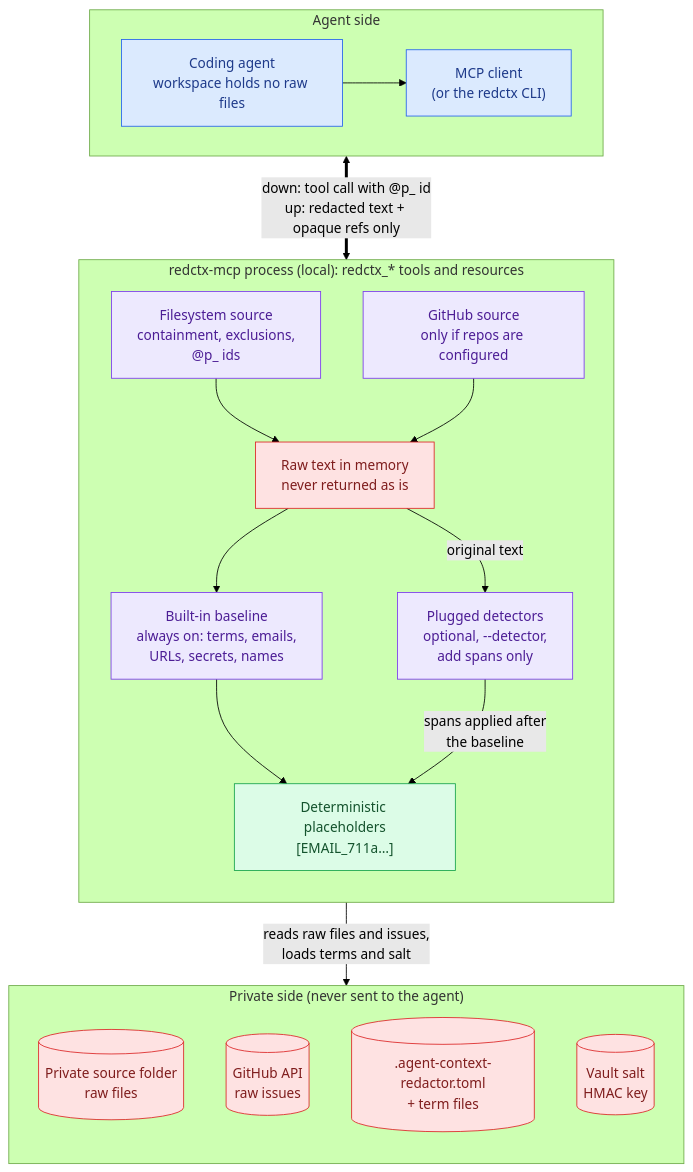
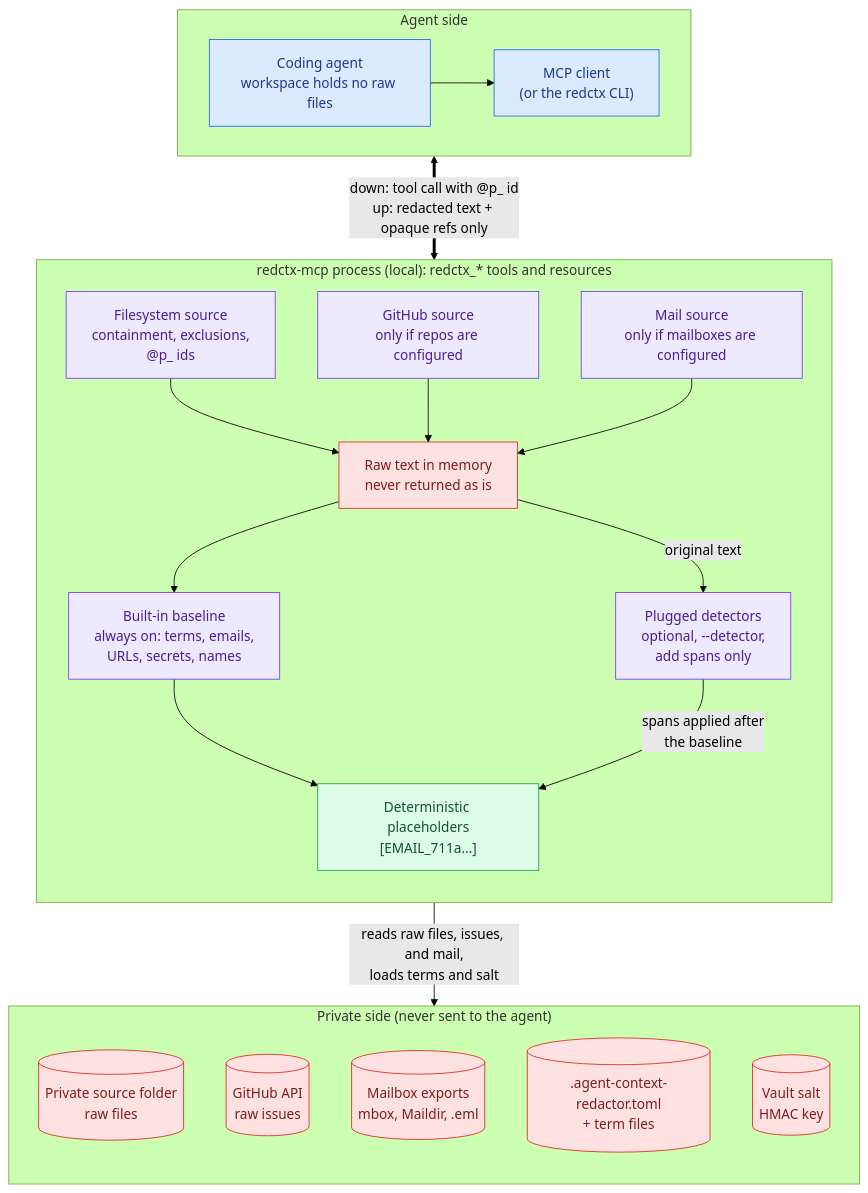
The first of 12 diagrams in README.md (zoltan0803/redacted-context-mcp), drawn with Mermaid (forest theme) before and after one commit. The commit also changed other lines of this file and 7 other files, not shown here.

First line of the commit message:
docs: document the read-only mail source

````diff
--- a/README.md
+++ b/README.md
@@ -40,42 +40,45 @@
 ```mermaid
 flowchart TB
     subgraph AGS["Agent side"]
         direction LR
         AG["Coding agent<br/>workspace holds no raw files"]
         CL["MCP client<br/>(or the redctx CLI)"]
         AG --> CL
     end
     subgraph SRV["redctx-mcp process (local): redctx_* tools and resources"]
         direction TB
         FS["Filesystem source<br/>containment, exclusions,<br/>@p_ ids"]
         GH["GitHub source<br/>only if repos are configured"]
+        MS["Mail source<br/>only if mailboxes are configured"]
         RT["Raw text in memory<br/>never returned as is"]
         BL["Built-in baseline<br/>always on: terms, emails,<br/>URLs, secrets, names"]
         PD["Plugged detectors<br/>optional, --detector,<br/>add spans only"]
         PH["Deterministic placeholders<br/>[EMAIL_711a…]"]
         FS --> RT
         GH --> RT
+        MS --> RT
         RT --> BL
         RT -->|"original text"| PD
         BL --> PH
         PD -->|"spans applied after<br/>the baseline"| PH
     end
     subgraph PRIV["Private side (never sent to the agent)"]
         direction TB
         SRC[("Private source folder<br/>raw files")]
         API[("GitHub API<br/>raw issues")]
+        MBX[("Mailbox exports<br/>mbox, Maildir, .eml")]
         CONF[(".agent-context-redactor.toml<br/>+ term files")]
         SALT[("Vault salt<br/>HMAC key")]
     end
     AGS <==>|"down: tool call with @p_ id<br/>up: redacted text + opaque refs only"| SRV
-    SRV -->|"reads raw files and issues,<br/>loads terms and salt"| PRIV
+    SRV -->|"reads raw files, issues, and mail,<br/>loads terms and salt"| PRIV
 
     classDef agent fill:#dbeafe,stroke:#2563eb,color:#1e3a8a
     classDef step fill:#ede9fe,stroke:#7c3aed,color:#4c1d95
     classDef safe fill:#dcfce7,stroke:#16a34a,color:#14532d
     classDef raw fill:#fee2e2,stroke:#dc2626,color:#7f1d1d
     class AG,CL agent
-    class FS,GH,BL,PD step
+    class FS,GH,MS,BL,PD step
     class PH safe
-    class SRC,CONF,SALT,API,RT raw
+    class SRC,CONF,SALT,API,MBX,RT raw
 ```
````
